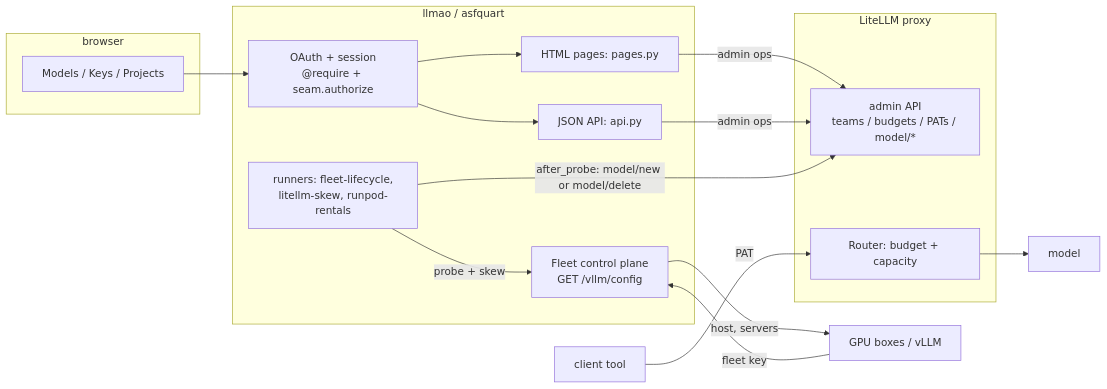
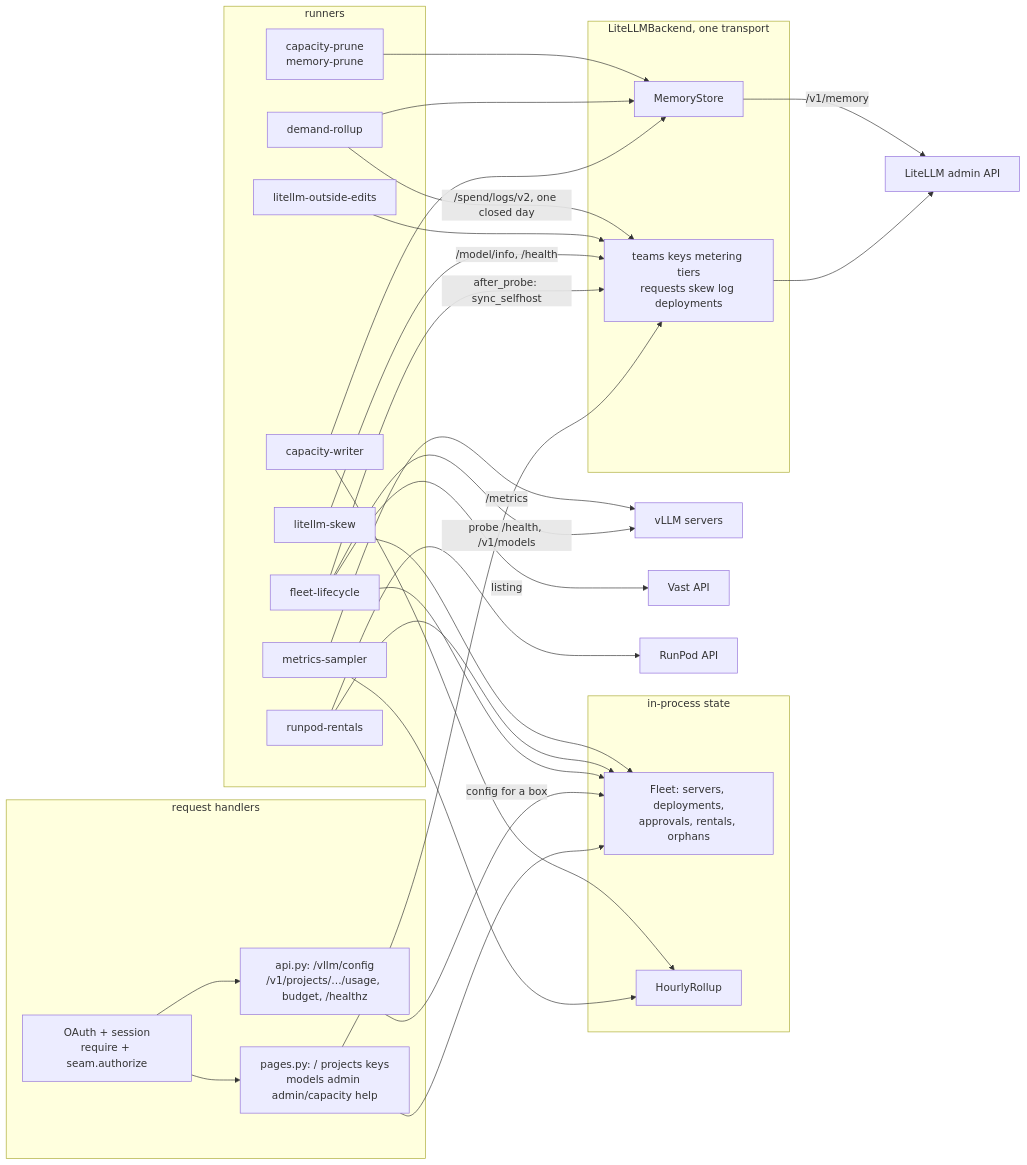
One commit to apache/tooling-llmao changed the second of 4 diagrams in docs/ARCHITECTURE.md. Above: the diagram before and after it, drawn with Mermaid. The commit also changed other lines of this file, not shown here.

First line of the commit message:
docs: ARCHITECTURE diagrams redrawn: the system, inside the portal, the classes

````diff
--- a/docs/ARCHITECTURE.md
+++ b/docs/ARCHITECTURE.md
@@ -205,32 +276,54 @@
 ```mermaid
 flowchart LR
-  subgraph browser [browser]
-    UI[Models / Keys / Projects]
+  subgraph handlers [request handlers]
+    AUTH[OAuth + session<br/>require + seam.authorize]
+    PAGES["pages.py: / projects keys<br/>models admin admin/capacity help"]
+    JSON["api.py: /vllm/config<br/>/v1/projects/…/usage, budget, /healthz"]
   end
-  subgraph proc [llmao / asfquart]
-    AUTH[OAuth + session<br/>@require + seam.authorize]
-    PAGES[HTML pages: pages.py]
-    JSON[JSON API: api.py]
-    FLEET[Fleet control plane<br/>GET /vllm/config]
-    RUNNERS[runners: fleet-lifecycle,<br/>litellm-skew, runpod-rentals]
+  subgraph state [in-process state]
+    FLEET["Fleet: servers, deployments,<br/>approvals, rentals, orphans"]
+    ROLLUP[HourlyRollup]
   end
-  subgraph litellm [LiteLLM proxy]
-    ADMIN[admin API<br/>teams / budgets / PATs / model/*]
-    ROUTER[Router: budget + capacity]
+  subgraph runners [runners]
+    LIFE[fleet-lifecycle]
+    RUNPOD[runpod-rentals]
+    SKEW[litellm-skew]
+    EDITS[litellm-outside-edits]
+    SAMPLER[metrics-sampler]
+    WRITER[capacity-writer]
+    DEMAND[demand-rollup]
+    PRUNE[capacity-prune<br/>memory-prune]
   end
-  BOX[GPU boxes / vLLM]
-  TOOL[client tool]
-  MODEL[model]
+  subgraph backend [LiteLLMBackend, one transport]
+    MGRS[teams keys metering tiers<br/>requests skew log deployments]
+    MEM[MemoryStore]
+  end
+  BOXES[vLLM servers]
+  LITELLM[LiteLLM admin API]
+  VAST[Vast API]
+  RP[RunPod API]
 
-  UI --> AUTH
   AUTH --> PAGES
   AUTH --> JSON
-  PAGES -->|admin ops| ADMIN
-  JSON -->|admin ops| ADMIN
-  BOX -->|fleet key| FLEET
-  FLEET -->|"host, servers"| BOX
-  RUNNERS -->|probe + skew| FLEET
-  RUNNERS -->|after_probe: model/new or model/delete| ADMIN
-  TOOL -->|PAT| ROUTER
-  ROUTER --> MODEL
+  PAGES --> MGRS
+  PAGES --> FLEET
+  JSON -->|config for a box| FLEET
+  LIFE -->|listing| VAST
+  LIFE -->|probe /health, /v1/models| BOXES
+  LIFE --> FLEET
+  LIFE -->|after_probe: sync_selfhost| MGRS
+  RUNPOD --> RP
+  RUNPOD --> FLEET
+  SKEW -->|/model/info, /health| MGRS
+  SKEW --> FLEET
+  EDITS --> MGRS
+  SAMPLER -->|/metrics| BOXES
+  SAMPLER --> ROLLUP
+  WRITER --> ROLLUP
+  WRITER --> MEM
+  DEMAND -->|/spend/logs/v2, one closed day| MGRS
+  DEMAND --> MEM
+  PRUNE --> MEM
+  MGRS --> LITELLM
+  MEM -->|/v1/memory| LITELLM
 ```
````
